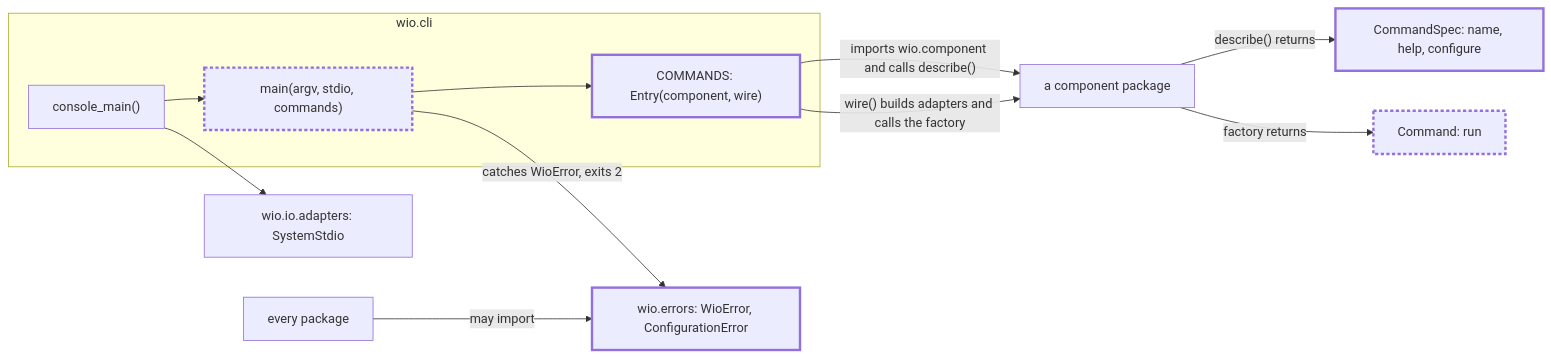
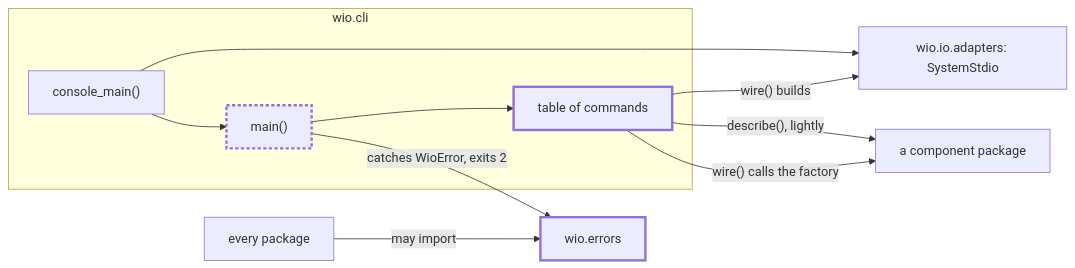
One commit to msitarz/wio changed the second of 2 diagrams in .agents/wio/works/cli/README.md. Above: the diagram before and after it, drawn with Mermaid. The commit also changed other lines of this file and 5 other files, not shown here.

First line of the commit message:
docs: split the command-line leaf into table, dispatch and failures

````diff
--- a/.agents/wio/works/cli/README.md
+++ b/.agents/wio/works/cli/README.md
@@ -125,25 +129,22 @@
 ```mermaid
 flowchart LR
     subgraph cli["wio.cli"]
         console["console_main()"]
-        main["main(argv, stdio, commands)"]:::changed
-        table["COMMANDS: Entry(component, wire)"]:::new
+        main["main()"]:::changed
+        table["table of commands"]:::new
     end
     adapter["wio.io.adapters: SystemStdio"]
-    spec["CommandSpec: name, help, configure"]:::new
-    command["Command: run"]:::changed
     component["a component package"]
-    errors["wio.errors: WioError, ConfigurationError"]:::new
+    errors["wio.errors"]:::new
     every["every package"]
     console --> adapter
     console --> main
     main --> table
-    table -- "imports wio.component and calls describe()" --> component
-    table -- "wire() builds adapters and calls the factory" --> component
-    component -- "describe() returns" --> spec
-    component -- "factory returns" --> command
+    table -- "describe(), lightly" --> component
+    table -- "wire() calls the factory" --> component
+    table -- "wire() builds" --> adapter
     main -- "catches WioError, exits 2" --> errors
     every -- "may import" --> errors
     classDef new stroke-width: 3px
     classDef changed stroke-width: 3px,stroke-dasharray: 4 3
 ```
````
